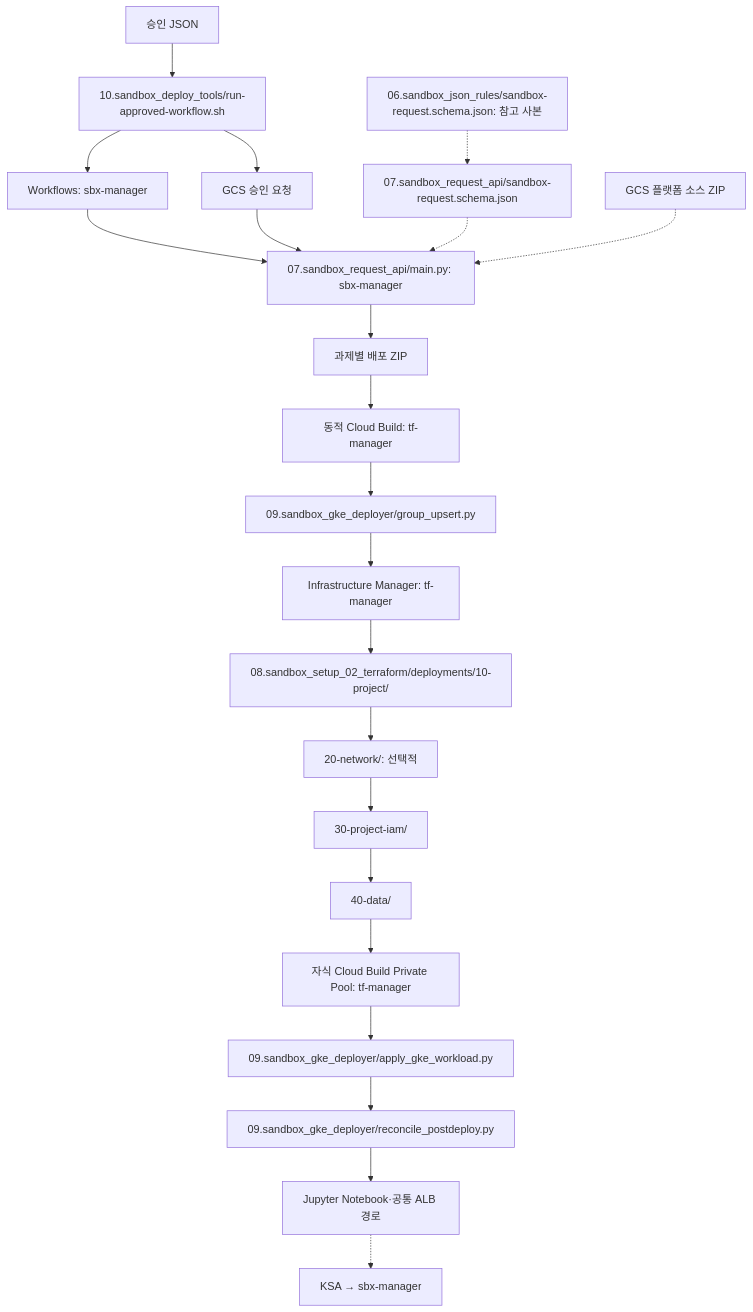
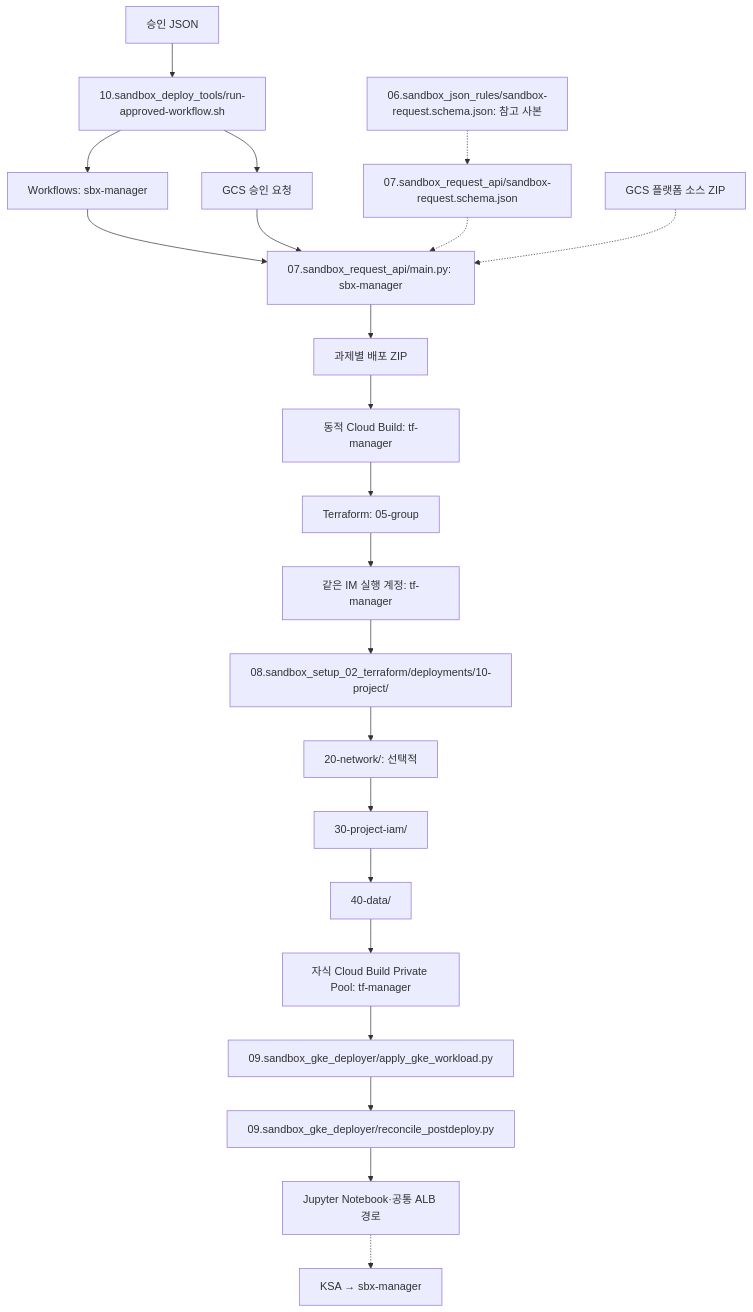
Before and after one commit to sonmap/GCP_SBX_Test01: the third of 4 diagrams in 01.docs/file-relationships.md, drawn with Mermaid. The commit also changed other lines of this file and 28 other files, not shown here.

First line of the commit message:
Move sandbox group provisioning to Cloud Identity Terraform under tf-manager

````diff
--- a/01.docs/file-relationships.md
+++ b/01.docs/file-relationships.md
@@ -38,24 +38,24 @@
 ```mermaid
 flowchart TD
   REQ["승인 JSON"] --> SEND["10.sandbox_deploy_tools/run-approved-workflow.sh"]
   SEND --> STORE["GCS 승인 요청"]
   SEND --> WF["Workflows: sbx-manager"]
   WF --> API["07.sandbox_request_api/main.py: sbx-manager"]
   STORE --> API
   SCHEMA["07.sandbox_request_api/sandbox-request.schema.json"] -.-> API
   REF["06.sandbox_json_rules/sandbox-request.schema.json: 참고 사본"] -.-> SCHEMA
   SOURCE["GCS 플랫폼 소스 ZIP"] -.-> API
   API --> BUNDLE["과제별 배포 ZIP"]
   BUNDLE --> BUILD["동적 Cloud Build: tf-manager"]
-  BUILD --> GRP["09.sandbox_gke_deployer/group_upsert.py"]
-  GRP --> IM["Infrastructure Manager: tf-manager"]
+  BUILD --> GRP["Terraform: 05-group"]
+  GRP --> IM["같은 IM 실행 계정: tf-manager"]
   IM --> T1["08.sandbox_setup_02_terraform/deployments/10-project/"]
   T1 --> T2["20-network/: 선택적"]
   T2 --> T3["30-project-iam/"]
   T3 --> T4["40-data/"]
   T4 --> RUN["자식 Cloud Build Private Pool: tf-manager"]
   RUN --> K8S["09.sandbox_gke_deployer/apply_gke_workload.py"]
   K8S --> LB["09.sandbox_gke_deployer/reconcile_postdeploy.py"]
   LB --> USER["Jupyter Notebook·공통 ALB 경로"]
   USER -.-> GSA["KSA → sbx-manager"]
 ```
````
